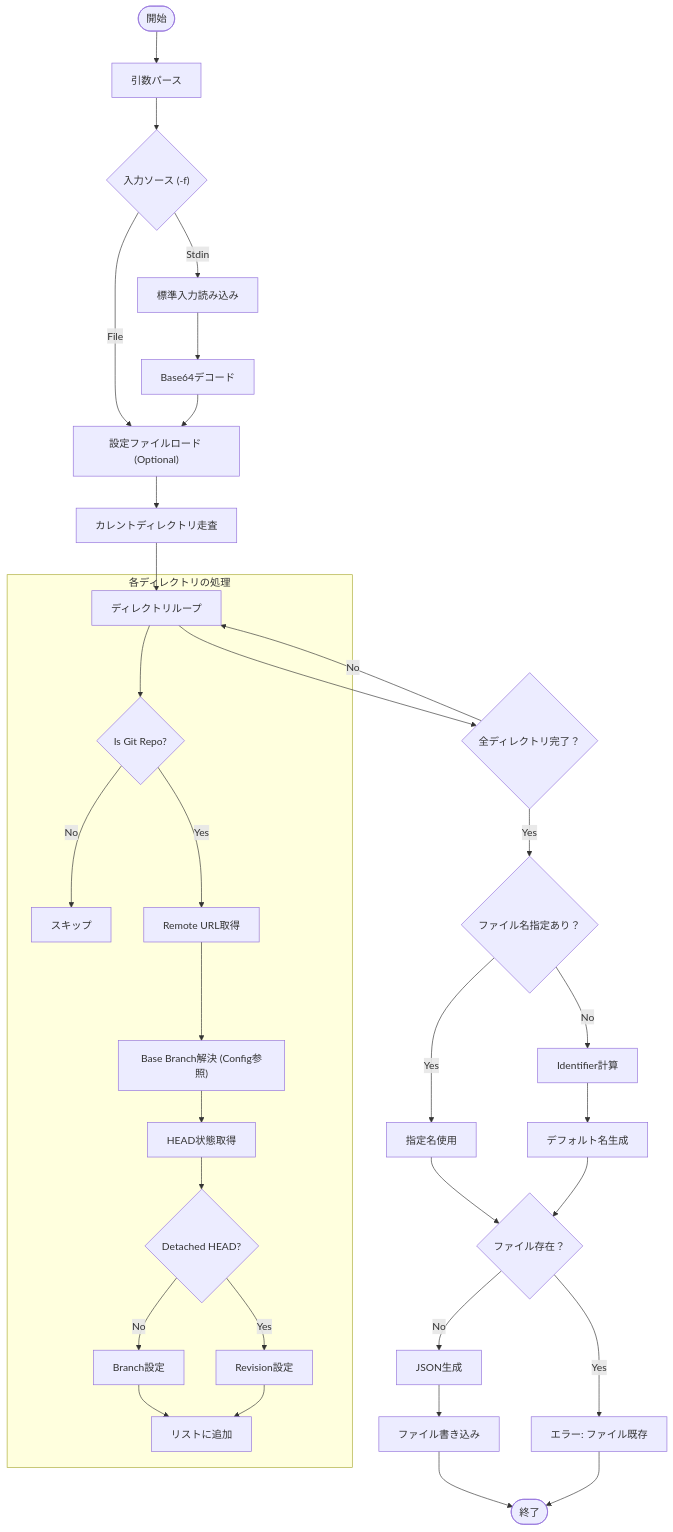
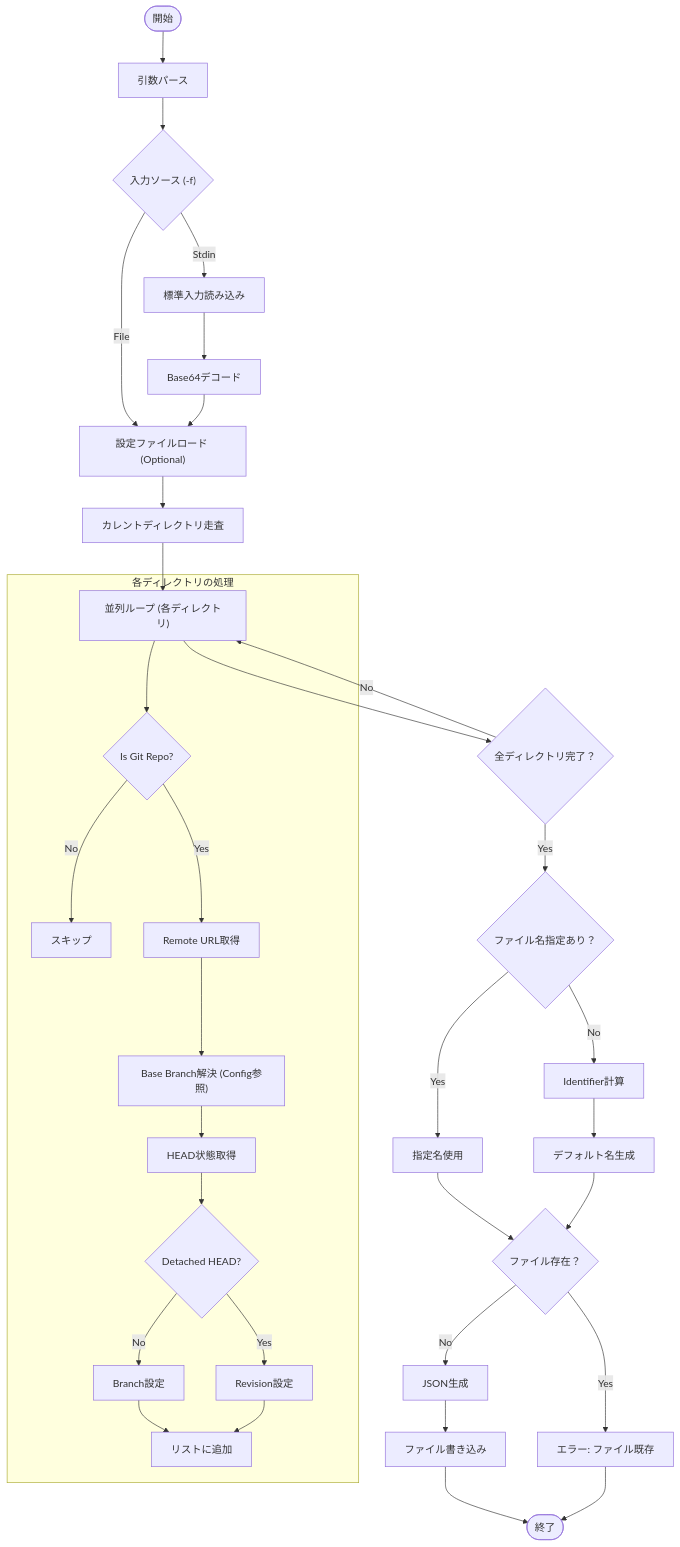
Before and after one commit to keiji/mistletoe: the diagram in docs/internal/app/snapshot.md, drawn with Mermaid. The commit also changed other lines of this file and 3 other files, not shown here.

````diff
--- a/docs/internal/app/snapshot.md
+++ b/docs/internal/app/snapshot.md
@@ -47,44 +48,44 @@
 ```mermaid
 flowchart TD
     Start(["開始"]) --> ParseArgs["引数パース"]
     ParseArgs --> CheckInput{"入力ソース (-f)"}
     CheckInput -- "File" --> LoadConfig["設定ファイルロード (Optional)"]
     CheckInput -- "Stdin" --> ReadStdin["標準入力読み込み"]
     ReadStdin --> Decode["Base64デコード"]
     Decode --> LoadConfig
     LoadConfig --> ScanDir["カレントディレクトリ走査"]
 
-    ScanDir --> Loop["ディレクトリループ"]
+    ScanDir --> Loop["並列ループ (各ディレクトリ)"]
 
     subgraph "各ディレクトリの処理"
         Loop --> CheckGit{Is Git Repo?}
         CheckGit -- No --> Skip["スキップ"]
         CheckGit -- Yes --> GetURL["Remote URL取得"]
         GetURL --> ResolveBase["Base Branch解決 (Config参照)"]
         ResolveBase --> GetHEAD["HEAD状態取得"]
 
         GetHEAD --> CheckDetached{Detached HEAD?}
         CheckDetached -- No --> SetBranch["Branch設定"]
         CheckDetached -- Yes --> SetRev["Revision設定"]
 
         SetBranch --> AppendList["リストに追加"]
         SetRev --> AppendList
     end
 
     Loop --> CheckEnd{"全ディレクトリ完了？"}
     CheckEnd -- No --> Loop
     CheckEnd -- Yes --> DecideName{"ファイル名指定あり？"}
     DecideName -- Yes --> UseName["指定名使用"]
     DecideName -- No --> CalcID["Identifier計算"]
     CalcID --> DefaultName["デフォルト名生成"]
 
     UseName --> CheckExist{"ファイル存在？"}
     DefaultName --> CheckExist
 
     CheckExist -- Yes --> ErrorExist["エラー: ファイル既存"]
     CheckExist -- No --> Marshal["JSON生成"]
     Marshal --> WriteFile["ファイル書き込み"]
     WriteFile --> End(["終了"])
 
     ErrorExist --> End
 ```
````
